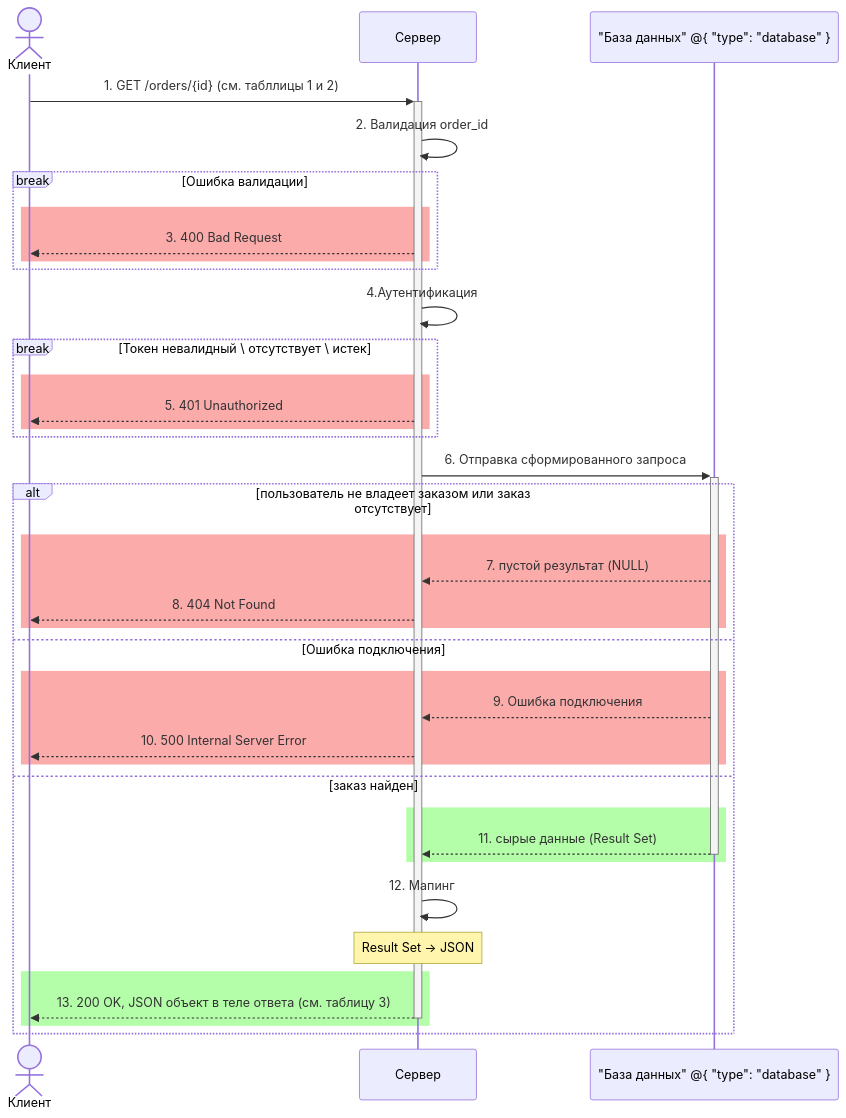
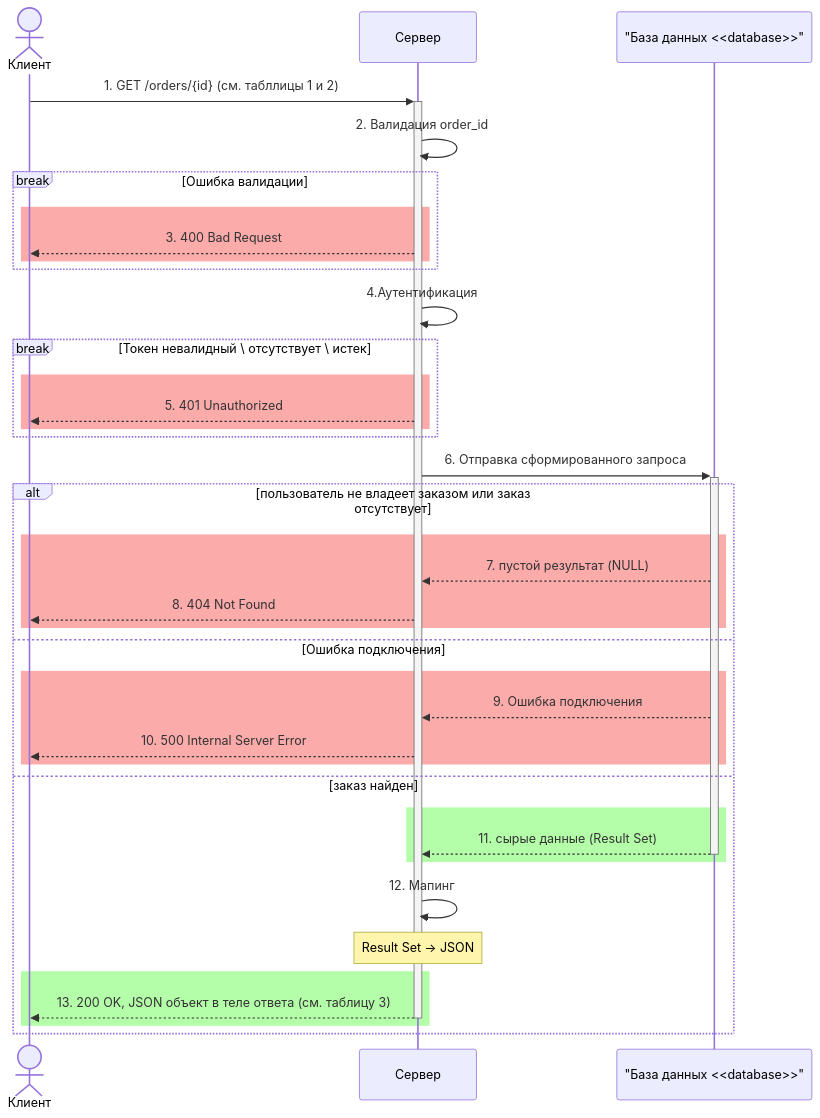
The first of 4 diagrams in task-1.md (NastyaST8896/Sequence-Diagram), drawn with Mermaid before and after one commit.

````diff
--- a/task-1.md
+++ b/task-1.md
@@ -49,44 +49,44 @@
 ```mermaid
 
 sequenceDiagram
     actor C as Клиент
     participant S as Сервер
-    participant DB as "База данных" @{ "type": "database" } 
+    participant DB as "База данных <<database>>" 
     C->>+S: 1. GET /orders/{id} (см. табллицы 1 и 2)
     S->>S: 2. Валидация order_id
     
     
     break Ошибка валидации
     rect rgba(250, 102, 102, 0.55)
     S-->>C: 3. 400 Bad Request
     end
     end
     S->>S: 4.Аутентификация
     break Токен невалидный \ отсутствует \ истек
     rect rgba(250, 102, 102, 0.55)
     S-->>C: 5. 401 Unauthorized
     end
     end
     S->>+DB: 6. Отправка сформированного запроса
     alt пользователь не владеет заказом или заказ отсутствует
     rect rgba(250, 102, 102, 0.55)
     DB-->>S: 7. пустой результат (NULL)
     S-->>C: 8. 404 Not Found
     end
     else Ошибка подключения
     rect rgba(250, 102, 102, 0.55)
     DB-->>S:  9. Ошибка подключения
     S-->>C: 10. 500 Internal Server Error
     end
     else заказ найден
     rect rgba(117, 252, 96, 0.54)
     DB-->>-S: 11. сырые данные (Result Set)
     end
 
      S->>S: 12. Мапинг
     Note over S: Result Set -> JSON
     rect rgba(117, 252, 96, 0.54)
     S-->>-C: 13. 200 OK, JSON объект в теле ответа (см. таблицу 3)
     end
     end
 ```
````
